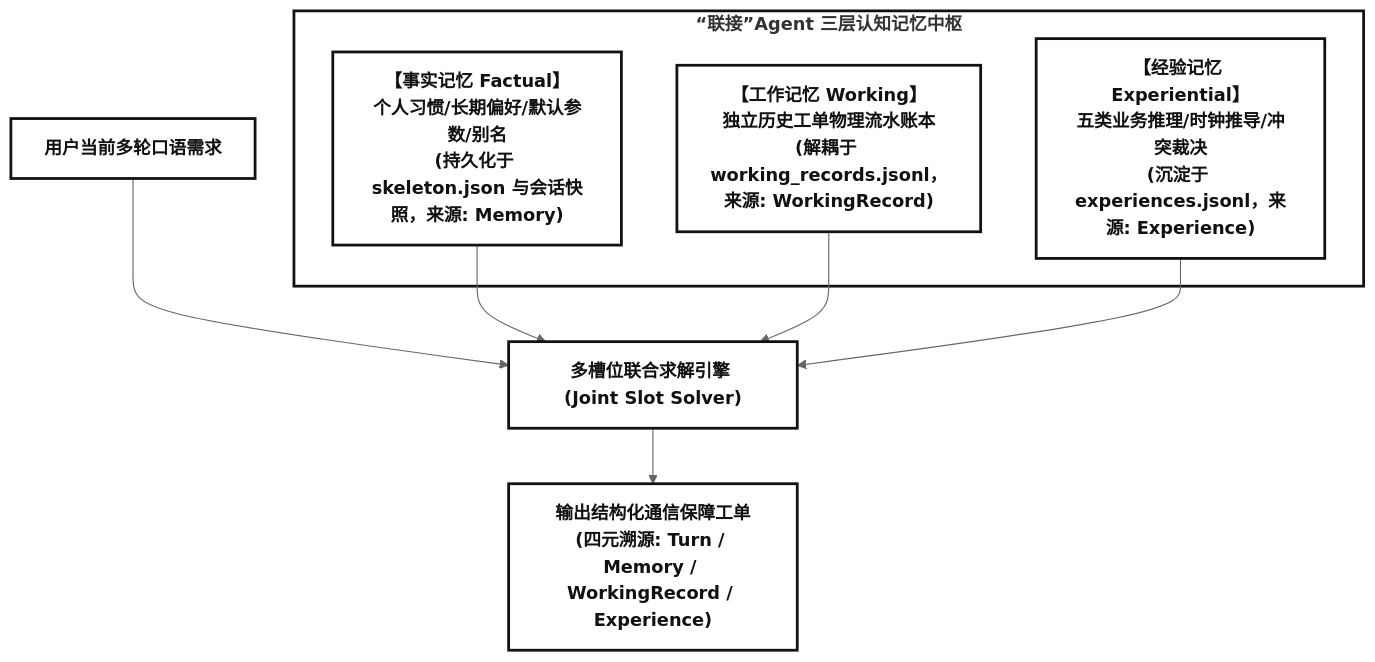
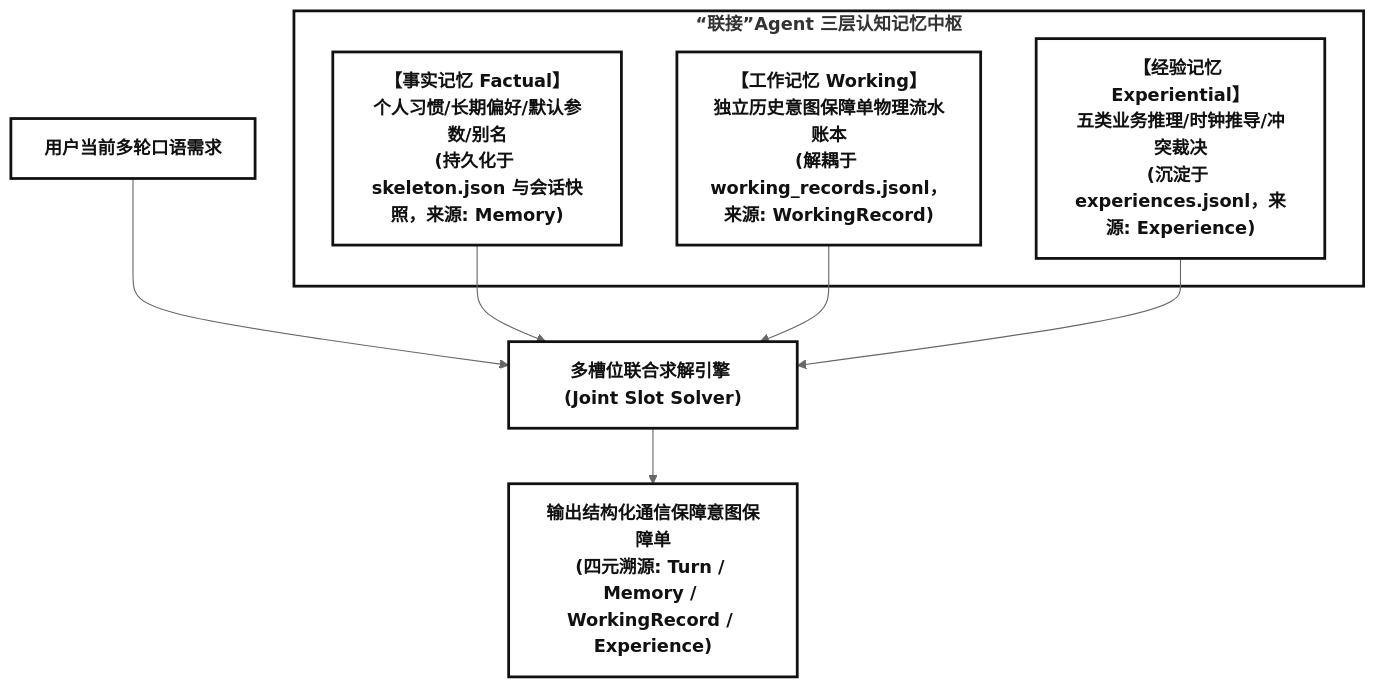
The first of 4 diagrams in docs/specs/cognitive_memory_dev_spec.md (wangbanjin1/cross_data_gen), drawn with Mermaid (neutral theme) before and after one commit. The commit also changed other lines of this file and 50 other files, not shown here.

Commit message:
feat(experience): finalize 5 everyday experience memory rules (app/service & time/duration) and regenerate dataset

````diff
--- a/docs/specs/cognitive_memory_dev_spec.md
+++ b/docs/specs/cognitive_memory_dev_spec.md
@@ -45,20 +45,20 @@
 ```mermaid
 graph TD
     classDef default fill:#FFFFFF,stroke:#111111,stroke-width:2.5px,color:#111111,font-weight:bold;
 
     subgraph MemoryBrain ["<b>“联接”Agent 三层认知记忆中枢</b>"]
         FM["<b>【事实记忆 Factual】</b><br/>个人习惯/长期偏好/默认参数/别名<br/>(持久化于 skeleton.json 与会话快照，来源: Memory)"]
-        WM["<b>【工作记忆 Working】</b><br/>独立历史工单物理流水账本<br/>(解耦于 working_records.jsonl，来源: WorkingRecord)"]
+        WM["<b>【工作记忆 Working】</b><br/>独立历史意图保障单物理流水账本<br/>(解耦于 working_records.jsonl，来源: WorkingRecord)"]
         EM["<b>【经验记忆 Experiential】</b><br/>五类业务推理/时钟推导/冲突裁决<br/>(沉淀于 experiences.jsonl，来源: Experience)"]
     end
 
     UserPrompt["<b>用户当前多轮口语需求</b>"] --> Solver["<b>多槽位联合求解引擎 (Joint Slot Solver)</b>"]
     
     FM --> Solver
     WM --> Solver
     EM --> Solver
     
-    Solver --> Output["<b>输出结构化通信保障工单</b><br/>(四元溯源: Turn / Memory / WorkingRecord / Experience)"]
+    Solver --> Output["<b>输出结构化通信保障意图保障单</b><br/>(四元溯源: Turn / Memory / WorkingRecord / Experience)"]
 
     style MemoryBrain fill:#FFFFFF,stroke:#111111,stroke-width:2.5px;
 ```
````
